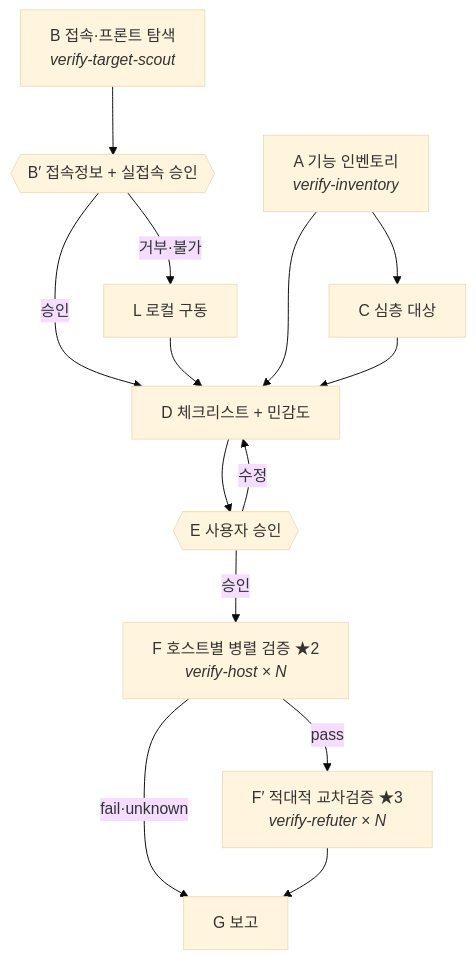
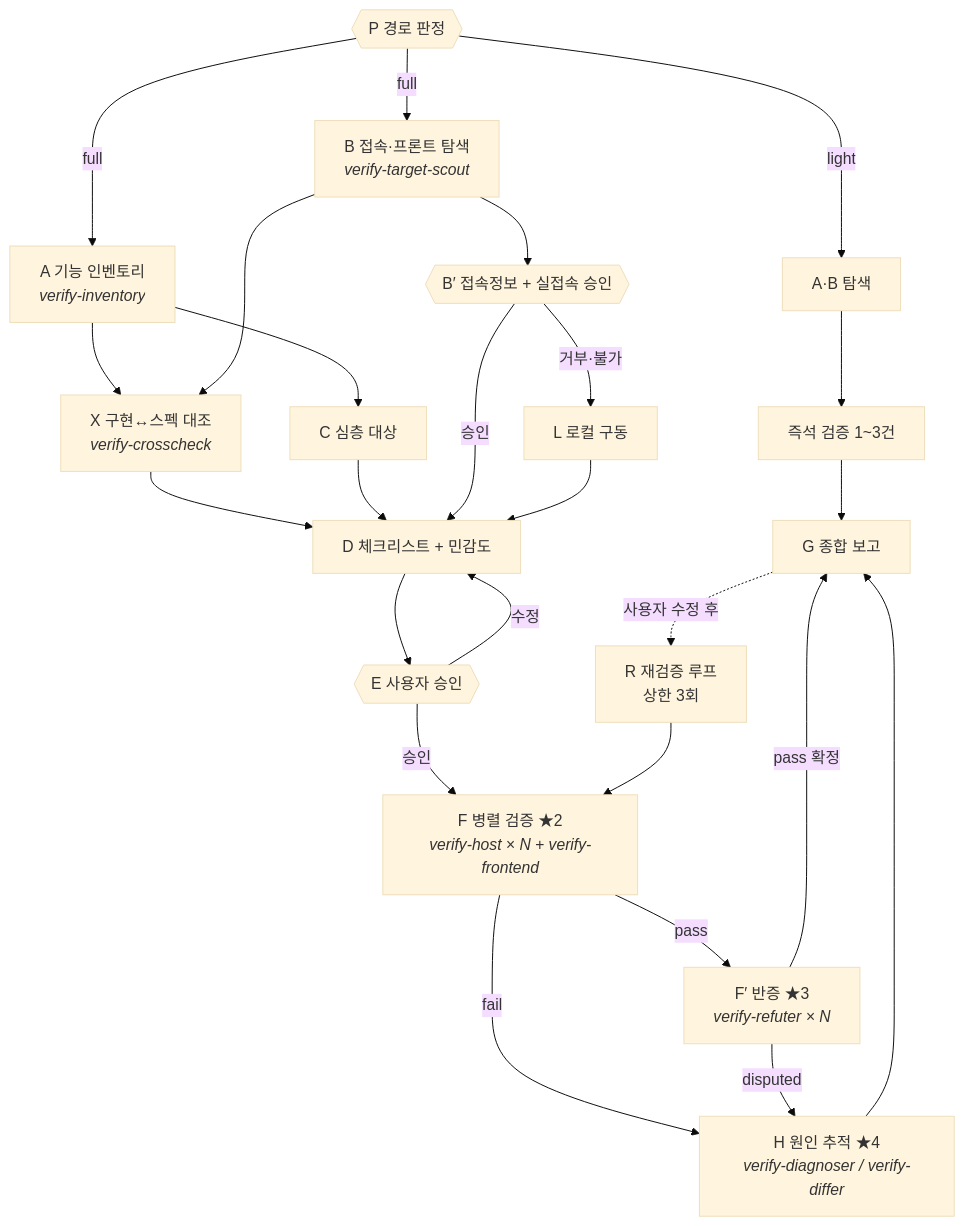
One commit to jollaman999/jolla-s-super-skills changed the diagram in verify-impl/SKILL.md. Above: the diagram before and after it, drawn with Mermaid (base theme). The commit also changed other lines of this file and 7 other files, not shown here.

````diff
--- a/verify-impl/SKILL.md
+++ b/verify-impl/SKILL.md
@@ -52,16 +61,25 @@
 ```mermaid
 flowchart TD
-  A["A 기능 인벤토리<br/><i>verify-inventory</i>"] --> C[C 심층 대상]
-  B["B 접속·프론트 탐색<br/><i>verify-target-scout</i>"] --> B2{{B′ 접속정보 + 실접속 승인}}
-  B2 -->|승인| D[D 체크리스트 + 민감도]
+  P{{"P 경로 판정"}} -->|light| LA["A·B 탐색"] --> LV["즉석 검증 1~3건"] --> G
+  P -->|full| A["A 기능 인벤토리<br/><i>verify-inventory</i>"]
+  P -->|full| B["B 접속·프론트 탐색<br/><i>verify-target-scout</i>"]
+  A --> X["X 구현↔스펙 대조<br/><i>verify-crosscheck</i>"]
+  B --> X
+  A --> C[C 심층 대상]
+  B --> B2{{"B′ 접속정보 + 실접속 승인"}}
   B2 -->|거부·불가| L[L 로컬 구동]
+  X --> D[D 체크리스트 + 민감도]
+  C --> D
+  B2 -->|승인| D
   L --> D
-  A --> D
-  C --> D
-  D --> E{{E 사용자 승인}}
+  D --> E{{"E 사용자 승인"}}
   E -->|수정| D
-  E -->|승인| F["F 호스트별 병렬 검증 ★2<br/><i>verify-host × N</i>"]
-  F -->|pass| F2["F′ 적대적 교차검증 ★3<br/><i>verify-refuter × N</i>"]
-  F -->|fail·unknown| G[G 보고]
-  F2 --> G
+  E -->|승인| F["F 병렬 검증 ★2<br/><i>verify-host × N + verify-frontend</i>"]
+  F -->|pass| F2["F′ 반증 ★3<br/><i>verify-refuter × N</i>"]
+  F -->|fail| H["H 원인 추적 ★4<br/><i>verify-diagnoser / verify-differ</i>"]
+  F2 -->|disputed| H
+  F2 -->|pass 확정| G[G 종합 보고]
+  H --> G
+  G -.->|사용자 수정 후| R["R 재검증 루프<br/>상한 3회"]
+  R --> F
 ```
````
